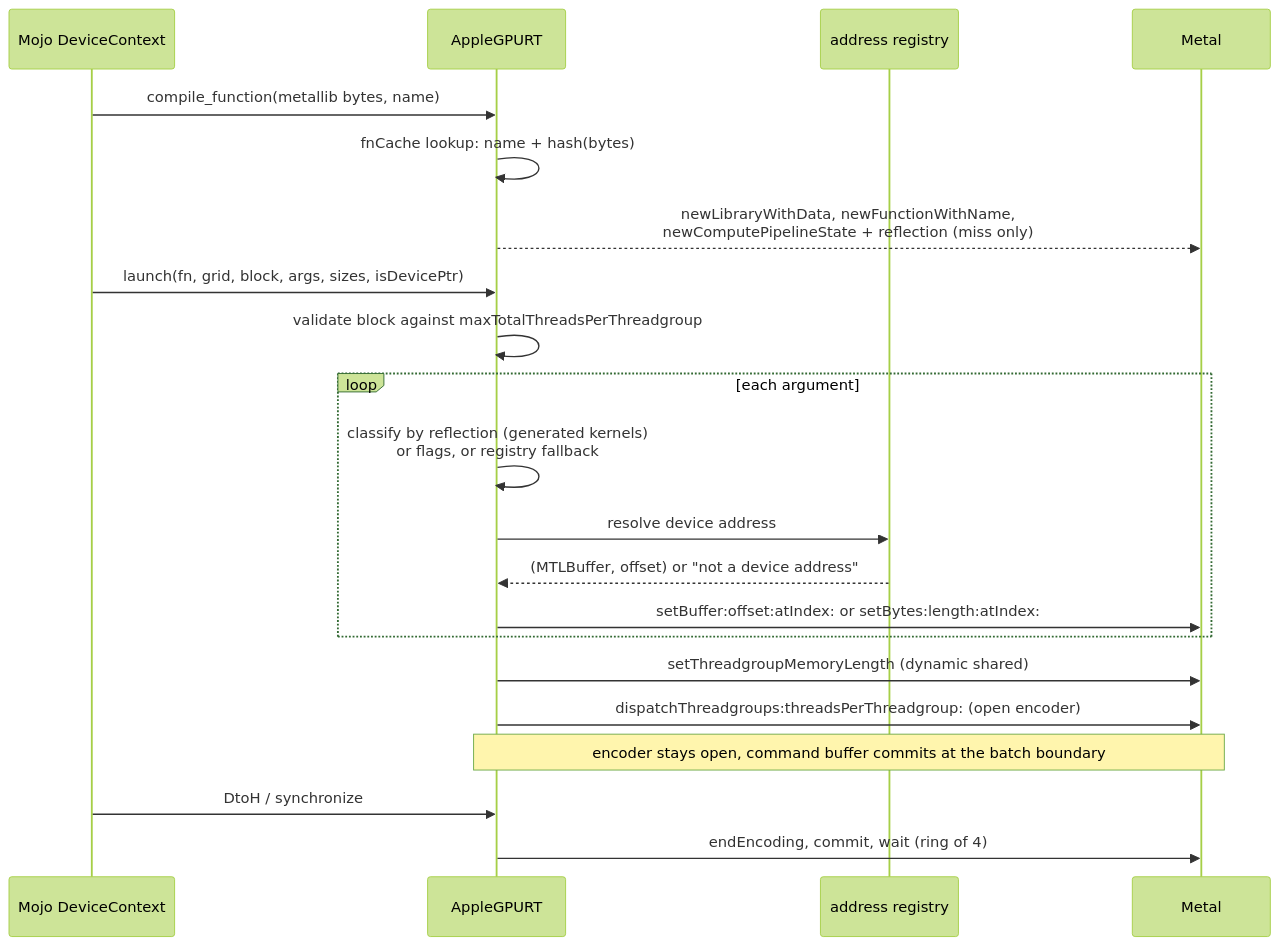
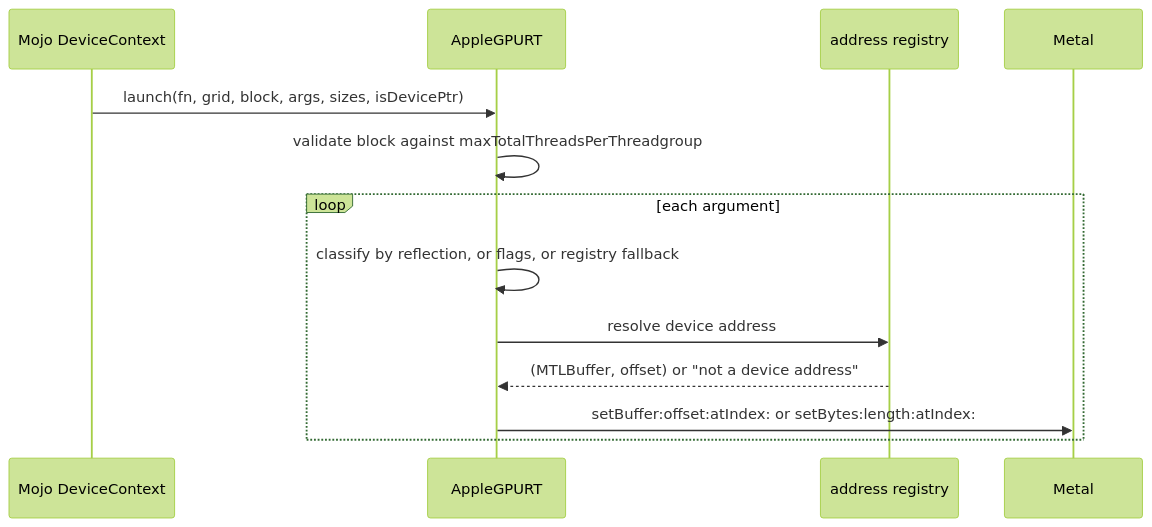
One commit to albanread/MojoCocoa changed the second of 4 diagrams in AirLoweringWalkthrough/05-the-runtime.md. Above: the diagram before and after it, drawn with Mermaid (forest theme). The commit also changed other lines of this file and 6 other files, not shown here.

````diff
--- a/AirLoweringWalkthrough/05-the-runtime.md
+++ b/AirLoweringWalkthrough/05-the-runtime.md
@@ -112,25 +131,17 @@
 ```mermaid
 sequenceDiagram
 %% @id air-launch
 %% @name One enqueue_function call, from Mojo to the GPU
     participant M as Mojo DeviceContext
     participant R as AppleGPURT
     participant Reg as address registry
     participant Mt as Metal
-    M->>R: compile_function(metallib bytes, name)
-    R->>R: fnCache lookup: name + hash(bytes)
-    R-->>Mt: newLibraryWithData, newFunctionWithName,<br/>newComputePipelineState + reflection (miss only)
     M->>R: launch(fn, grid, block, args, sizes, isDevicePtr)
     R->>R: validate block against maxTotalThreadsPerThreadgroup
     loop each argument
-        R->>R: classify by reflection (generated kernels)<br/>or flags, or registry fallback
+        R->>R: classify by reflection, or flags, or registry fallback
         R->>Reg: resolve device address
         Reg-->>R: (MTLBuffer, offset) or "not a device address"
         R->>Mt: setBuffer:offset:atIndex: or setBytes:length:atIndex:
     end
-    R->>Mt: setThreadgroupMemoryLength (dynamic shared)
-    R->>Mt: dispatchThreadgroups:threadsPerThreadgroup: (open encoder)
-    Note over R,Mt: encoder stays open, command buffer commits at the batch boundary
-    M->>R: DtoH / synchronize
-    R->>Mt: endEncoding, commit, wait (ring of 4)
 ```
````
